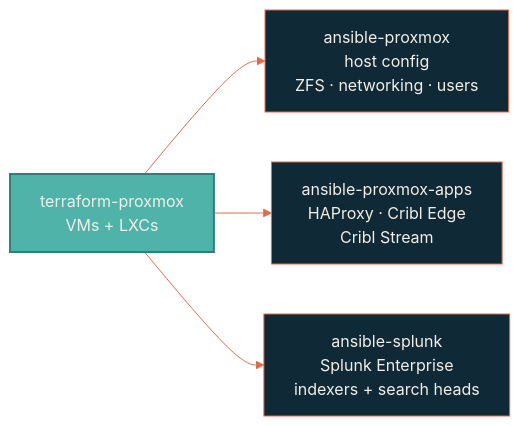
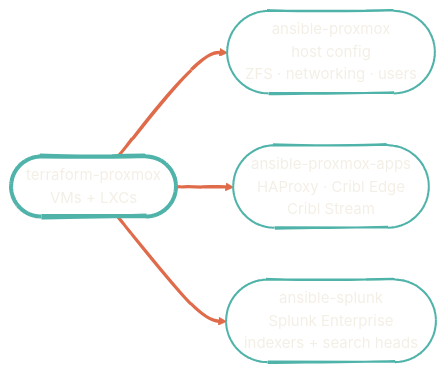
The diagram in configuration/overview.mdx (dryvist/docs), drawn with Mermaid before and after one commit. The commit also changed 10 other files, not shown here.

First line of the commit message:
fix(diagrams): hand-drawn look + transparent fills across all 10 diagrams

````diff
--- a/configuration/overview.mdx
+++ b/configuration/overview.mdx
@@ -12,12 +12,14 @@
 ```mermaid
-%%{init: {'theme':'base','themeVariables':{'primaryColor':'#4FB3A9','primaryTextColor':'#F4EFE6','primaryBorderColor':'#2F7E78','lineColor':'#E06B4A','secondaryColor':'#102937','tertiaryColor':'#0B1D2A','clusterBkg':'#102937','clusterBorder':'#2F7E78'}}}%%
+%%{init: {'theme':'base','look':'handDrawn','themeVariables':{'primaryColor':'#4FB3A9','primaryTextColor':'#F4EFE6','primaryBorderColor':'#2F7E78','lineColor':'#E06B4A','secondaryColor':'#102937','tertiaryColor':'#0B1D2A','clusterBkg':'transparent','clusterBorder':'#4FB3A9','fontFamily':'Geist','fontSize':'15px'}}}%%
 flowchart LR
-  TF["terraform-proxmox<br/>VMs + LXCs"] --> AP["ansible-proxmox<br/>host config<br/>ZFS · networking · users"]
-  TF --> APA["ansible-proxmox-apps<br/>HAProxy · Cribl Edge<br/>Cribl Stream"]
-  TF --> AS["ansible-splunk<br/>Splunk Enterprise<br/>indexers + search heads"]
+  TF(["terraform-proxmox<br/>VMs + LXCs"]) --> AP(["ansible-proxmox<br/>host config<br/>ZFS · networking · users"])
+  TF --> APA(["ansible-proxmox-apps<br/>HAProxy · Cribl Edge<br/>Cribl Stream"])
+  TF --> AS(["ansible-splunk<br/>Splunk Enterprise<br/>indexers + search heads"])
 
-  style TF fill:#4FB3A9,stroke:#2F7E78,stroke-width:2px,color:#F4EFE6
-  style AP fill:#102937,stroke:#E06B4A,color:#F4EFE6
-  style APA fill:#102937,stroke:#E06B4A,color:#F4EFE6
-  style AS fill:#102937,stroke:#E06B4A,color:#F4EFE6
+  style TF fill:transparent,stroke:#4FB3A9,stroke-width:4px,color:#F4EFE6
+  style AP fill:transparent,stroke:#4FB3A9,stroke-width:2px,color:#F4EFE6
+  style APA fill:transparent,stroke:#4FB3A9,stroke-width:2px,color:#F4EFE6
+  style AS fill:transparent,stroke:#4FB3A9,stroke-width:2px,color:#F4EFE6
+
+  linkStyle default stroke:#E06B4A,stroke-width:3px
 ```
````
